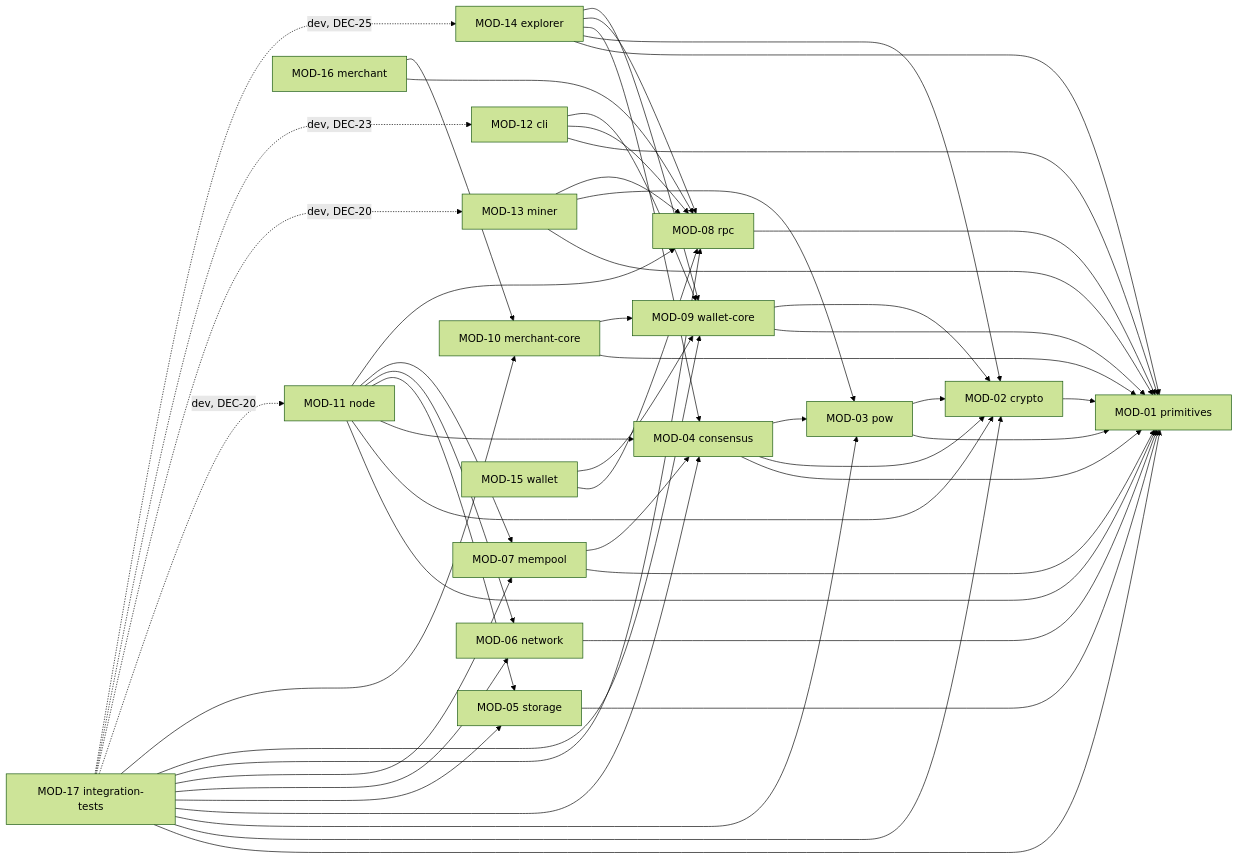
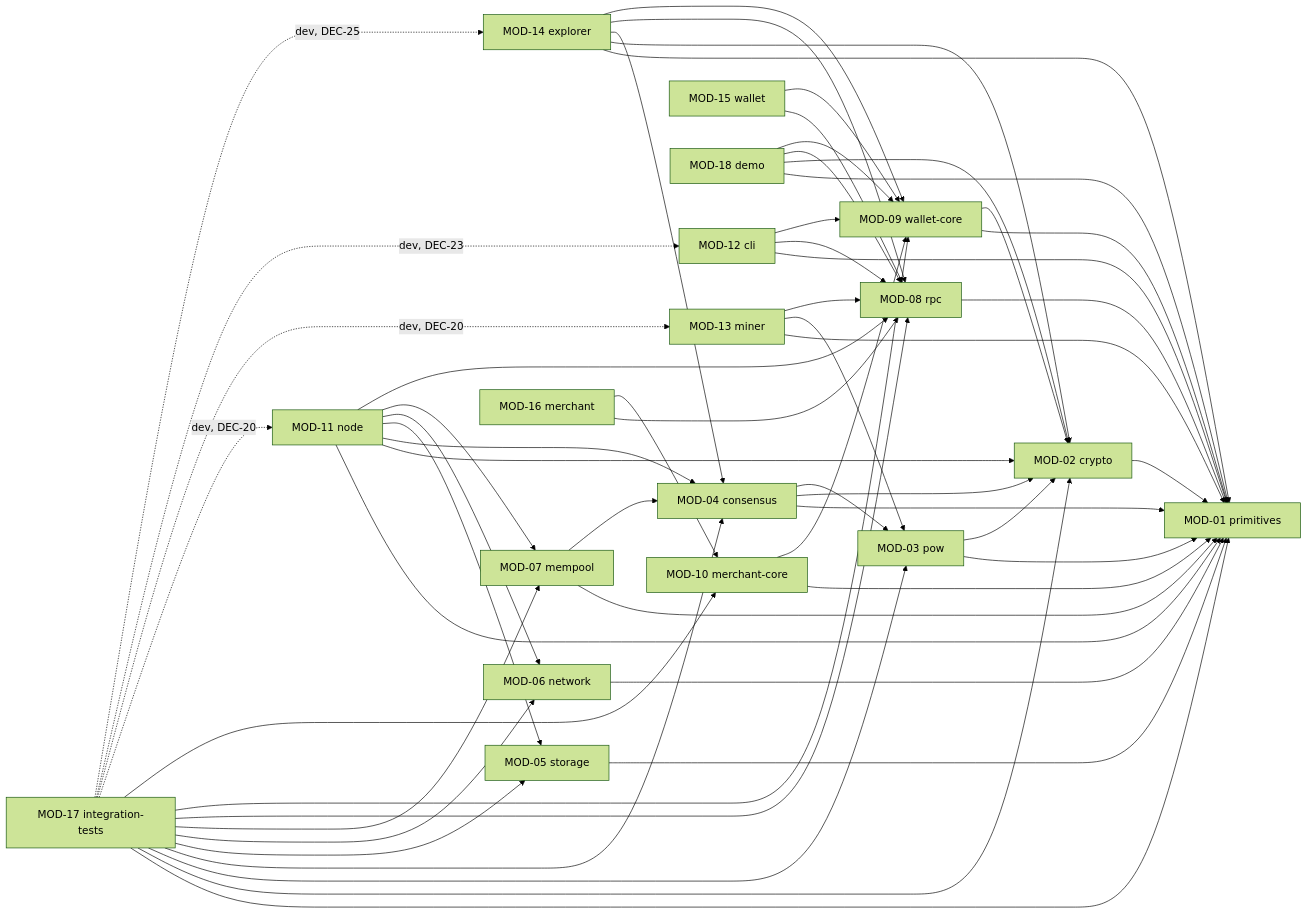
One commit to ratuaurion-dev/zevrigo changed the diagram in docs/system-map.md. Above: the diagram before and after it, drawn with Mermaid (forest theme). The commit also changed other lines of this file and 8 other files, not shown here.

```diff
--- a/docs/system-map.md
+++ b/docs/system-map.md
@@ -47,6 +48,7 @@
     MOD15["MOD-15 wallet"]
     MOD16["MOD-16 merchant"]
     MOD17["MOD-17 integration-tests"]
+    MOD18["MOD-18 demo"]
 
     MOD02 --> MOD01
     MOD03 --> MOD01
@@ -92,6 +94,11 @@
     MOD16 --> MOD08
     MOD16 --> MOD10
 
+    MOD18 --> MOD01
+    MOD18 --> MOD02
+    MOD18 --> MOD08
+    MOD18 --> MOD09
+
     MOD17 --> MOD01
     MOD17 --> MOD02
     MOD17 --> MOD03
```
